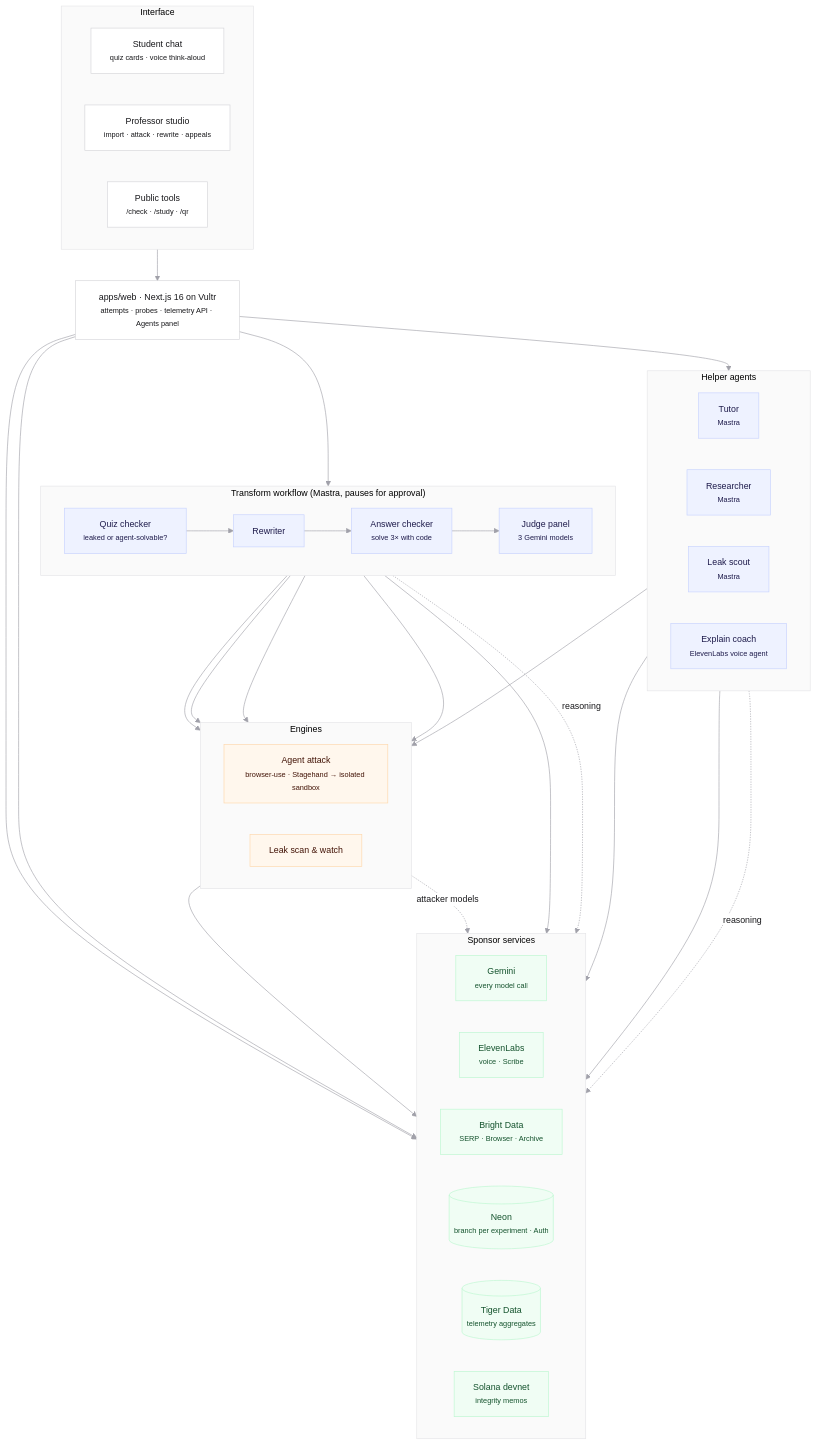
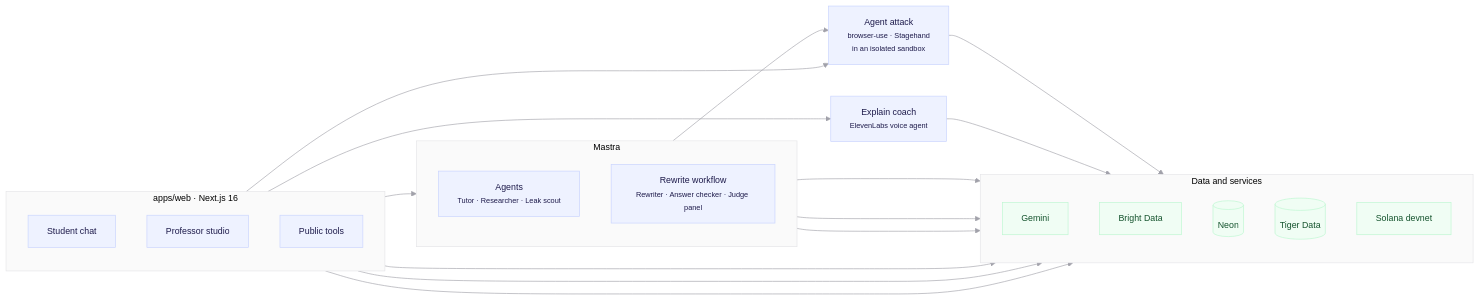
Before and after one commit to lgoyal6/sand-hacks: the first of 3 diagrams in README.md, drawn with Mermaid. The commit also changed other lines of this file, not shown here.

First line of the commit message:
README: rewrite for clarity and consistency; use unprompted.courses

````diff
--- a/README.md
+++ b/README.md
@@ -33,70 +99,46 @@
 ```mermaid
 %%{init: {"theme":"base","themeVariables":{"fontFamily":"Inter, ui-sans-serif, system-ui","fontSize":"14px","primaryColor":"#ffffff","primaryBorderColor":"#d4d4d8","primaryTextColor":"#18181b","lineColor":"#a1a1aa","clusterBkg":"#fafafa","clusterBorder":"#e4e4e7"}}}%%
-flowchart TB
-    subgraph UI["Interface"]
-        direction LR
-        S["Student chat<br/><small>quiz cards · voice think-aloud</small>"]
-        P["Professor studio<br/><small>import · attack · rewrite · appeals</small>"]
-        PUB["Public tools<br/><small>/check · /study · /qr</small>"]
+flowchart LR
+    subgraph APP["apps/web · Next.js 16"]
+        direction TB
+        ST["Student chat"]
+        PR["Professor studio"]
+        PB["Public tools"]
     end
 
-    APP["apps/web · Next.js 16 on Vultr<br/><small>attempts · probes · telemetry API · Agents panel</small>"]
-
-    subgraph AG["Helper agents"]
-        direction LR
-        T["Tutor<br/><small>Mastra</small>"]
-        R["Researcher<br/><small>Mastra</small>"]
-        LSC["Leak scout<br/><small>Mastra</small>"]
-        EC["Explain coach<br/><small>ElevenLabs voice agent</small>"]
+    subgraph CORE["Mastra"]
+        direction TB
+        AGT["Agents<br/><small>Tutor · Researcher · Leak scout</small>"]
+        WF["Rewrite workflow<br/><small>Rewriter · Answer checker · Judge panel</small>"]
     end
 
-    subgraph WF["Transform workflow (Mastra, pauses for approval)"]
-        direction LR
-        QC["Quiz checker<br/><small>leaked or agent-solvable?</small>"]
-        RW["Rewriter"]
-        AC["Answer checker<br/><small>solve 3× with code</small>"]
-        JP["Judge panel<br/><small>3 Gemini models</small>"]
+    ATK["Agent attack<br/><small>browser-use · Stagehand<br/>in an isolated sandbox</small>"]
+    VOICE["Explain coach<br/><small>ElevenLabs voice agent</small>"]
+
+    subgraph DATA["Data and services"]
+        direction TB
+        GEM["Gemini"]
+        BD["Bright Data"]
+        NEON[("Neon")]
+        TIG[("Tiger Data")]
+        SOL["Solana devnet"]
     end
 
-    subgraph ENG["Engines"]
-        direction LR
-        ATK["Agent attack<br/><small>browser-use · Stagehand → isolated sandbox</small>"]
-        LS["Leak scan & watch"]
-    end
-
-    subgraph SVC["Sponsor services"]
-        direction LR
-        GEM["Gemini<br/><small>every model call</small>"]
-        EL["ElevenLabs<br/><small>voice · Scribe</small>"]
-        BD["Bright Data<br/><small>SERP · Browser · Archive</small>"]
-        NEON[("Neon<br/><small>branch per experiment · Auth</small>")]
-        TIG[("Tiger Data<br/><small>telemetry aggregates</small>")]
-        SOL["Solana devnet<br/><small>integrity memos</small>"]
-    end
-
-    UI --> APP
-    APP --> AG
-    APP --> WF
-    QC --> ATK
-    QC --> LS
-    QC --> RW --> AC --> JP
-    JP --> LS
-    JP --> ATK
-    LSC --> LS
-    EC --> EL
-    R --> BD
-    LS --> BD
-    WF --> NEON
+    ST --> VOICE
+    APP --> CORE
+    PR --> ATK
+    WF --> ATK
+    CORE --> GEM
+    ATK --> GEM
+    VOICE --> GEM
+    CORE --> BD
+    PB --> BD
+    CORE --> NEON
     APP --> TIG
     APP --> SOL
-    AG -. "reasoning" .-> GEM
-    WF -. "reasoning" .-> GEM
-    ATK -. "attacker models" .-> GEM
 
-    classDef agent fill:#eef2ff,stroke:#c7d2fe,color:#1e1b4b
-    classDef sponsor fill:#f0fdf4,stroke:#bbf7d0,color:#14532d
-    classDef engine fill:#fff7ed,stroke:#fed7aa,color:#431407
-    class T,R,LSC,EC,QC,RW,AC,JP agent
-    class GEM,EL,BD,NEON,TIG,SOL sponsor
-    class ATK,LS engine
+    classDef box fill:#eef2ff,stroke:#c7d2fe,color:#1e1b4b
+    classDef svc fill:#f0fdf4,stroke:#bbf7d0,color:#14532d
+    class ST,PR,PB,AGT,WF,ATK,VOICE box
+    class GEM,BD,NEON,TIG,SOL svc
 ```
````
